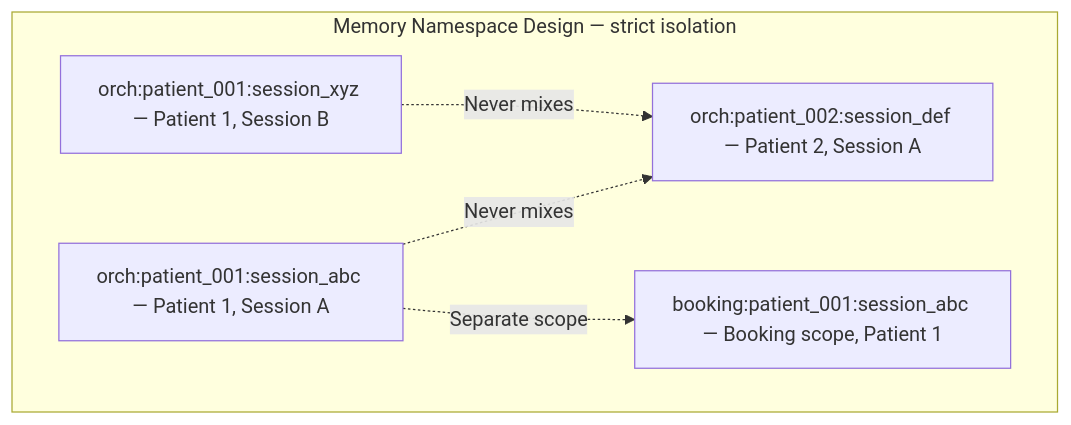
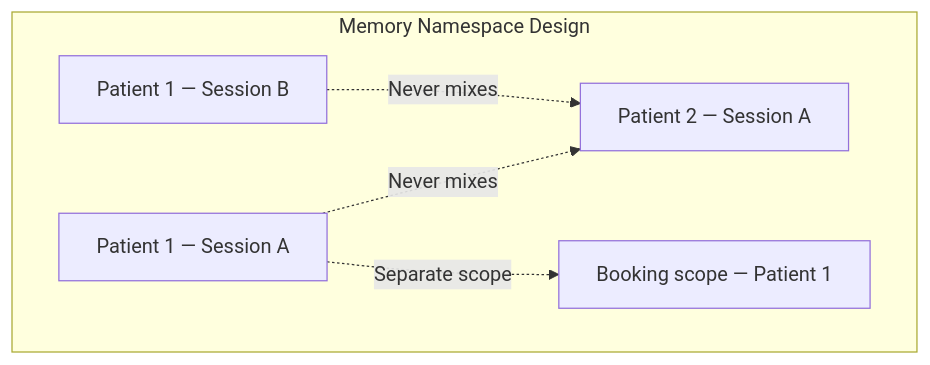
Before and after one commit to harshbhaskerwar/markdown-tests: the fifth of 16 diagrams in README.md, drawn with Mermaid. The commit also changed other lines of this file, not shown here.

````diff
--- a/README.md
+++ b/README.md
@@ -284,13 +270,13 @@
 ```mermaid
 graph TD
-    subgraph NAMESPACE["Memory Namespace Design — strict isolation"]
-        M1["orch:patient_001:session_abc — Patient 1, Session A"]
-        M2["orch:patient_001:session_xyz — Patient 1, Session B"]
-        M3["orch:patient_002:session_def — Patient 2, Session A"]
-        M4["booking:patient_001:session_abc — Booking scope, Patient 1"]
+    subgraph NAMESPACE["Memory Namespace Design"]
+        M1["Patient 1 — Session A"]
+        M2["Patient 1 — Session B"]
+        M3["Patient 2 — Session A"]
+        M4["Booking scope — Patient 1"]
     end
 
     M1 -.->|"Never mixes"| M3
     M2 -.->|"Never mixes"| M3
     M1 -.->|"Separate scope"| M4
 ```
````
